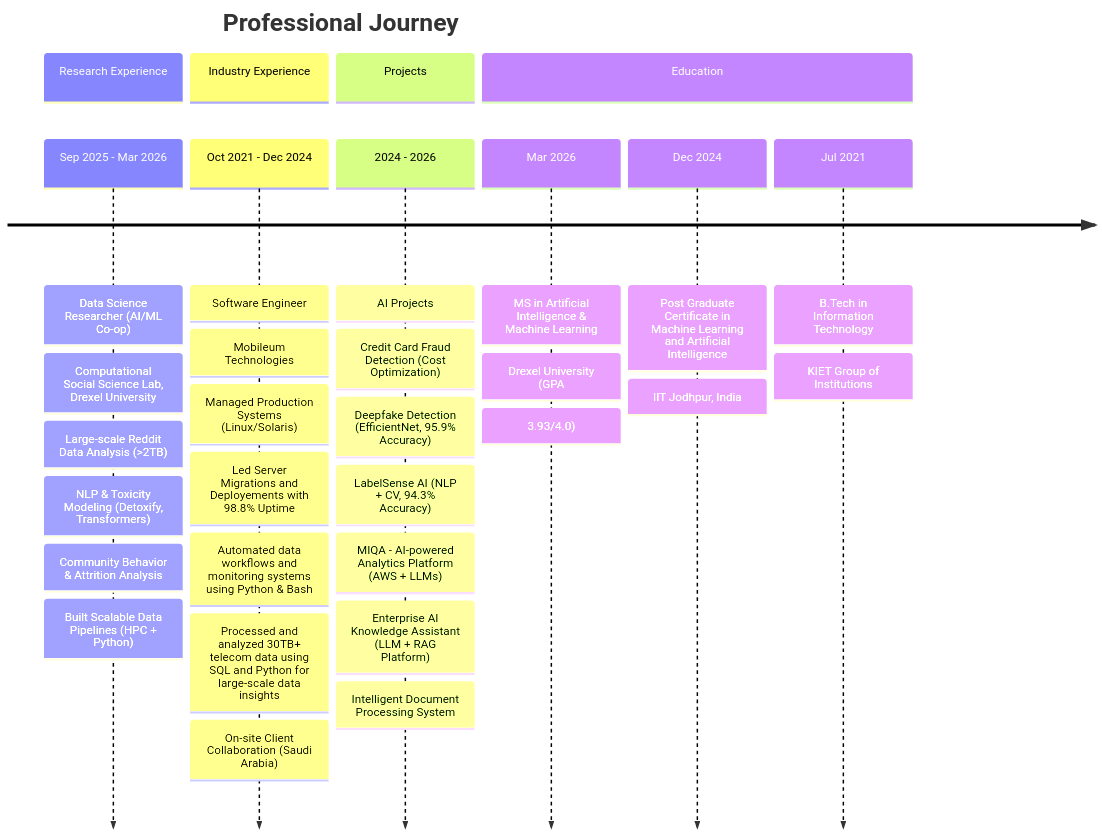
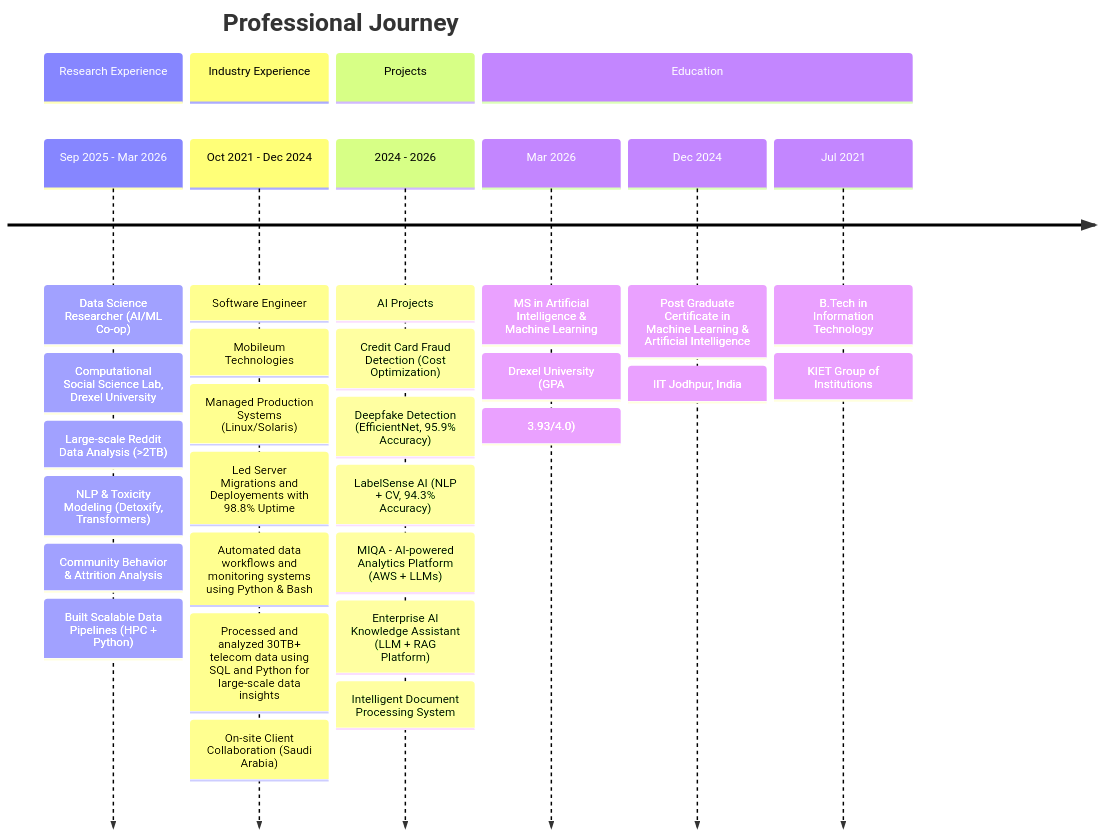
One commit to ShobhitDixit98/ShobhitDixit98 changed the diagram in README.md. Above: the diagram before and after it, drawn with Mermaid.

Commit message:
Fix formatting in education section of README

````diff
--- a/README.md
+++ b/README.md
@@ -38,40 +38,40 @@
 ```mermaid
 timeline
     title Professional Journey
 
     section Research Experience
     Sep 2025 - Mar 2026  : Data Science Researcher (AI/ML Co-op)
                          : Computational Social Science Lab, Drexel University
                          : Large-scale Reddit Data Analysis (>2TB)
                          : NLP & Toxicity Modeling (Detoxify, Transformers)
                          : Community Behavior & Attrition Analysis
                          : Built Scalable Data Pipelines (HPC + Python)
 
     section Industry Experience
     Oct 2021 - Dec 2024  : Software Engineer
                          : Mobileum Technologies
                          : Managed Production Systems (Linux/Solaris)
                          : Led Server Migrations and Deployements with 98.8% Uptime
                          : Automated data workflows and monitoring systems using Python & Bash
                          : Processed and analyzed 30TB+ telecom data using SQL and Python for large-scale data insights
                          : On-site Client Collaboration (Saudi Arabia) 
 
     section Projects
     2024 - 2026          : AI Projects
                          : Credit Card Fraud Detection (Cost Optimization)
                          : Deepfake Detection (EfficientNet, 95.9% Accuracy)
                          : LabelSense AI (NLP + CV, 94.3% Accuracy)
                          : MIQA - AI-powered Analytics Platform (AWS + LLMs)
                          : Enterprise AI Knowledge Assistant (LLM + RAG Platform) 
                          : Intelligent Document Processing System 
 
     section Education
     Mar 2026 : MS in Artificial Intelligence & Machine Learning
              : Drexel University (GPA: 3.93/4.0)
 
-    Dec 2024 : Post Graduate Certificate in Machine Learning and Artificial Intelligence
+    Dec 2024 : Post Graduate Certificate in Machine Learning & Artificial Intelligence
              : IIT Jodhpur, India
 
     Jul 2021 : B.Tech in Information Technology
              : KIET Group of Institutions
 ```
````
